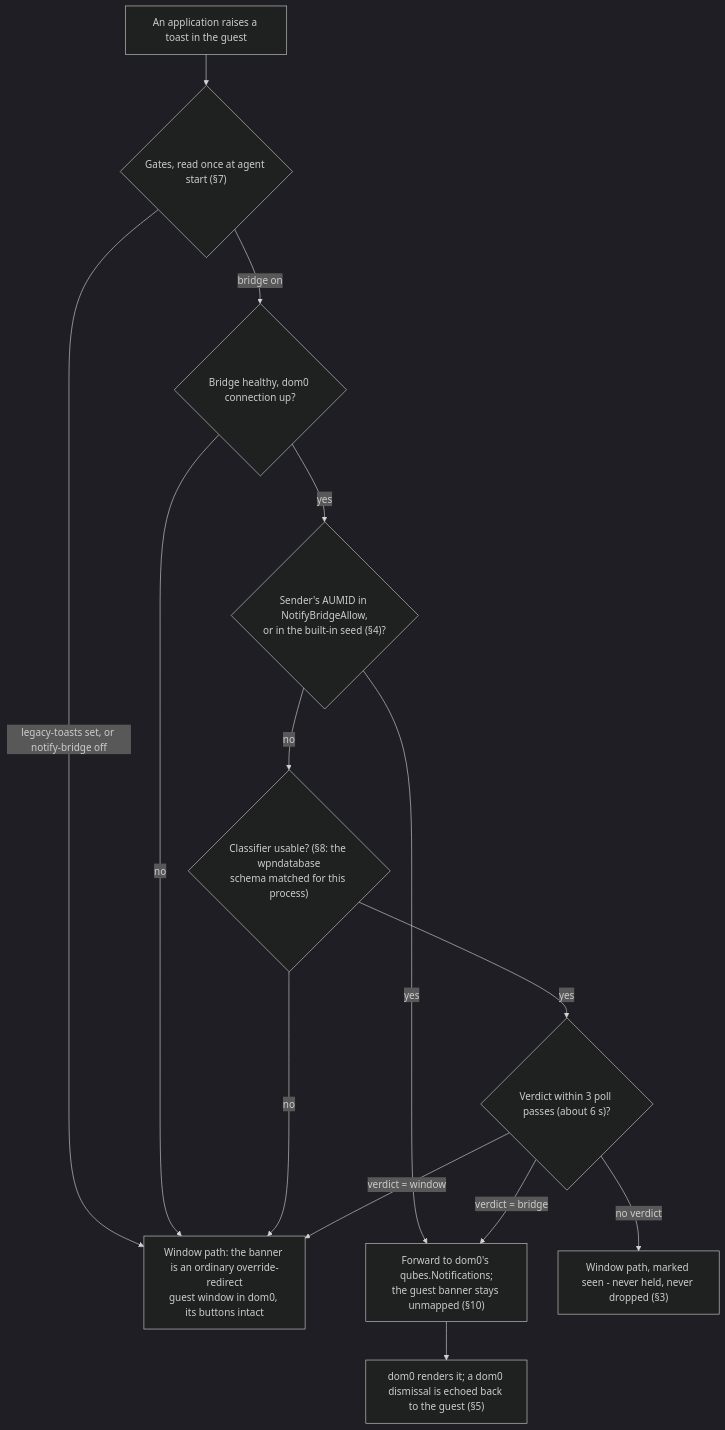
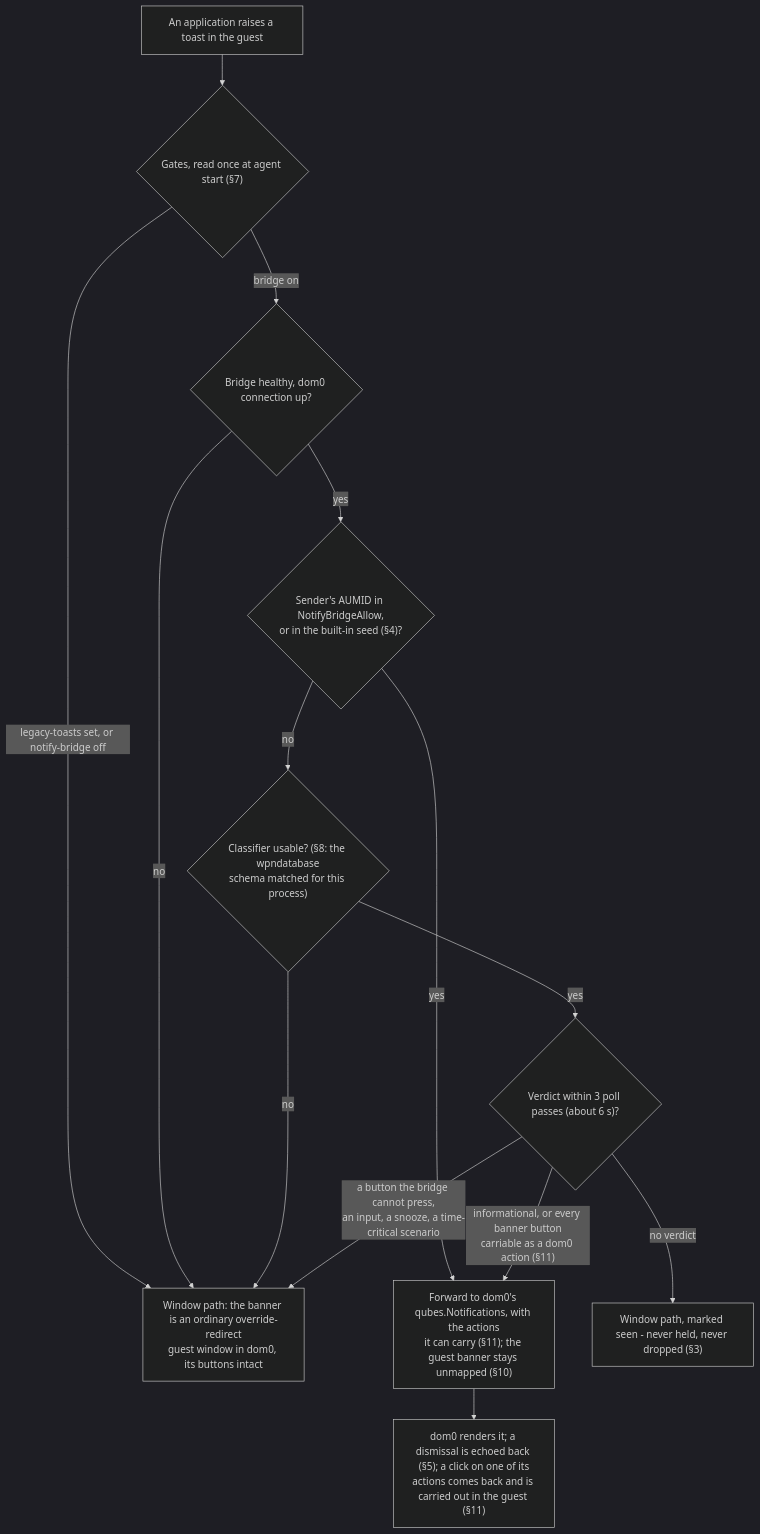
Before and after one commit to arkenoi/qubes-win-idd-driver: the diagram in docs/ADR-toasts.md, drawn with Mermaid (dark theme). The commit also changed other lines of this file and 15 other files, not shown here.

````diff
--- a/docs/ADR-toasts.md
+++ b/docs/ADR-toasts.md
@@ -32,16 +41,16 @@
 ```mermaid
 flowchart TD
     A["An application raises a toast in the guest"] --> G{"Gates, read once at agent start (§7)"}
     G -->|"legacy-toasts set, or notify-bridge off"| W["Window path: the banner is an ordinary override-redirect<br/>guest window in dom0, its buttons intact"]
     G -->|"bridge on"| H{"Bridge healthy, dom0 connection up?"}
     H -->|no| W
     H -->|yes| L{"Sender's AUMID in NotifyBridgeAllow,<br/>or in the built-in seed (§4)?"}
-    L -->|yes| F["Forward to dom0's qubes.Notifications;<br/>the guest banner stays unmapped (§10)"]
+    L -->|yes| F["Forward to dom0's qubes.Notifications, with the actions<br/>it can carry (§11); the guest banner stays unmapped (§10)"]
     L -->|no| S{"Classifier usable? (§8: the wpndatabase<br/>schema matched for this process)"}
     S -->|no| W
     S -->|yes| V{"Verdict within 3 poll passes (about 6 s)?"}
-    V -->|"verdict = bridge"| F
-    V -->|"verdict = window"| W
+    V -->|"informational, or every banner button<br/>carriable as a dom0 action (§11)"| F
+    V -->|"a button the bridge cannot press,<br/>an input, a snooze, a time-critical scenario"| W
     V -->|"no verdict"| W2["Window path, marked seen - never held, never dropped (§3)"]
-    F --> D["dom0 renders it; a dom0 dismissal is echoed back to the guest (§5)"]
+    F --> D["dom0 renders it; a dismissal is echoed back (§5); a click on one of its<br/>actions comes back and is carried out in the guest (§11)"]
 ```
````
